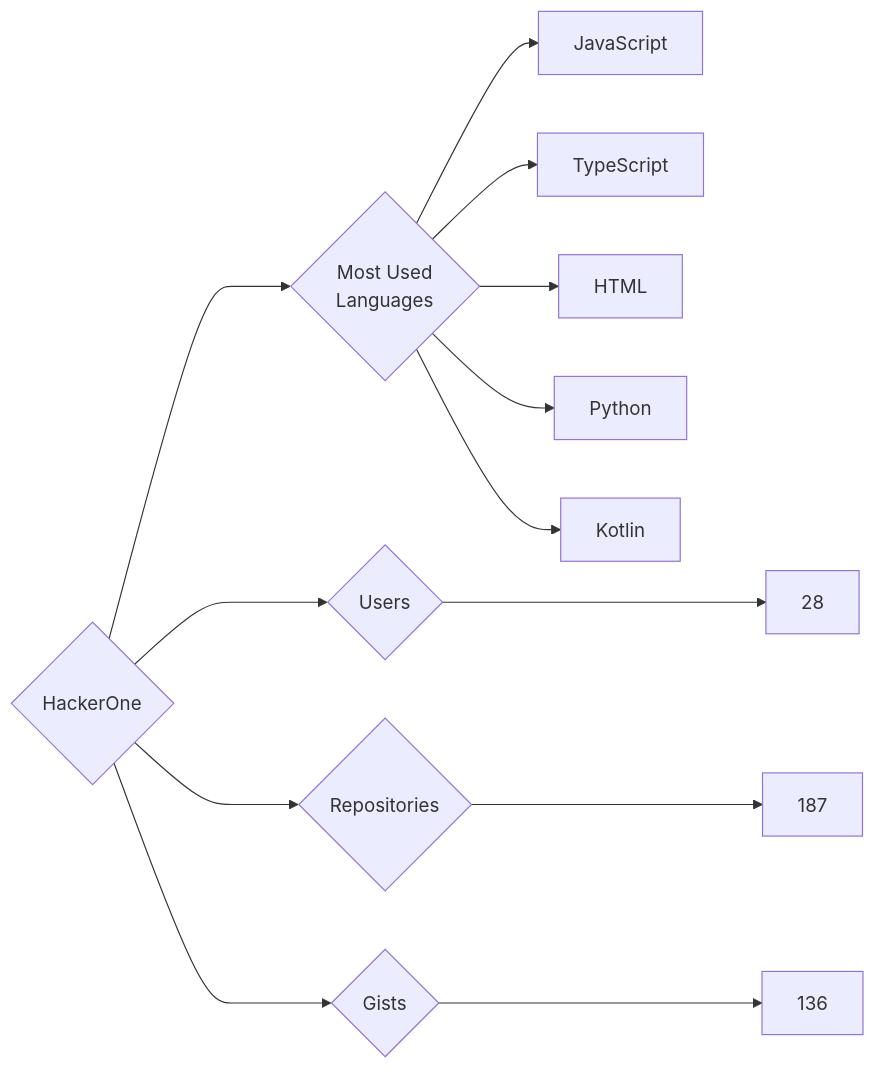
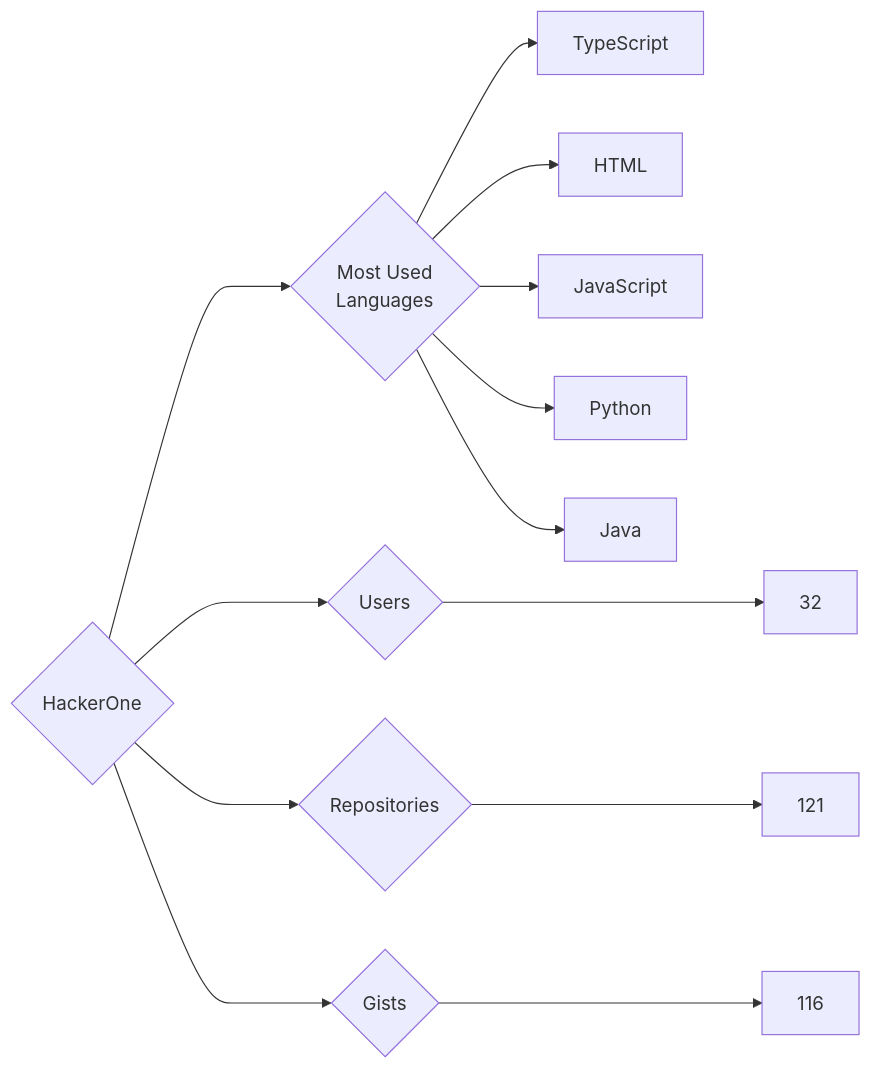
One commit to trickest/insiders changed the diagram in targets/HackerOne/README.md. Above: the diagram before and after it, drawn with Mermaid. The commit also changed 757 other files, not shown here.

````diff
--- a/targets/HackerOne/README.md
+++ b/targets/HackerOne/README.md
@@ -3,13 +3,13 @@
 ```mermaid
 graph LR
 COMPANY_NAME{HackerOne}
-COMPANY_NAME ---> U{Users} ---> UN[28]
-COMPANY_NAME ---> R{Repositories} ---> RN[187]
-COMPANY_NAME ---> G{Gists} ---> GN[136]
+COMPANY_NAME ---> U{Users} ---> UN[32]
+COMPANY_NAME ---> R{Repositories} ---> RN[121]
+COMPANY_NAME ---> G{Gists} ---> GN[116]
 COMPANY_NAME ---> ML{Most Used<br>Languages}
-ML --> JavaScript[JavaScript]
 ML --> TypeScript[TypeScript]
 ML --> HTML[HTML]
+ML --> JavaScript[JavaScript]
 ML --> Python[Python]
-ML --> Kotlin[Kotlin]
+ML --> Java[Java]
 ```
````
